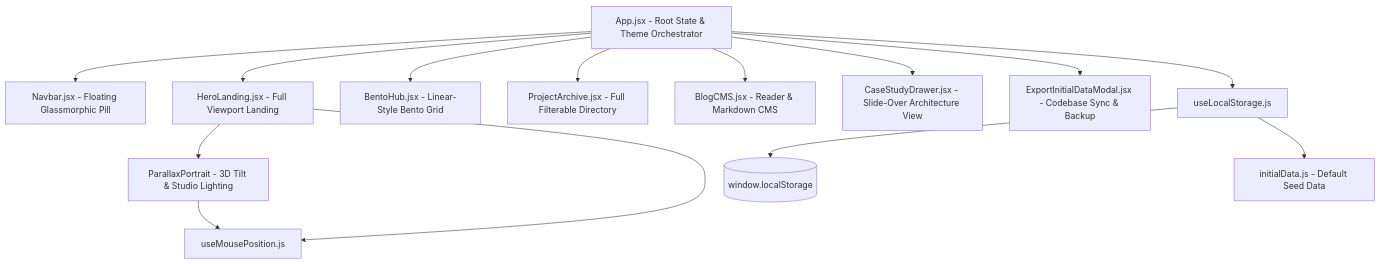
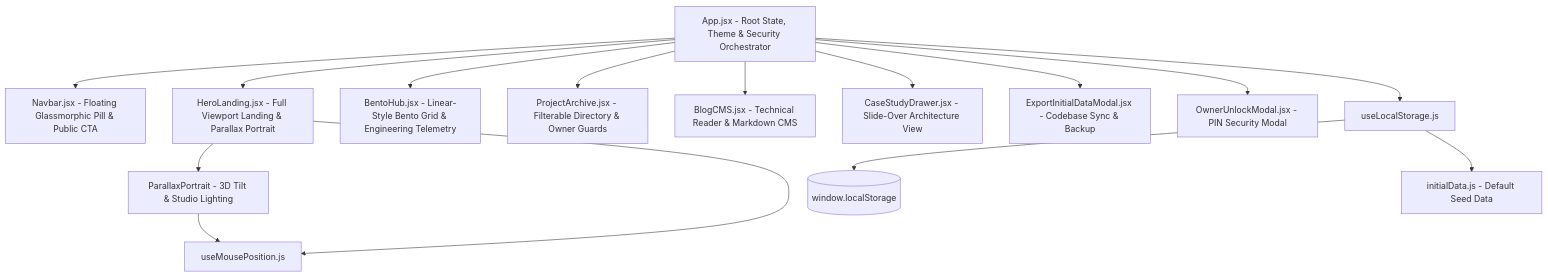
One commit to cleanerAbhigyan/portfolio changed the first of 3 diagrams in docs/ARCHITECTURE.md. Above: the diagram before and after it, drawn with Mermaid. The commit also changed other lines of this file and 13 other files, not shown here.

````diff
--- a/docs/ARCHITECTURE.md
+++ b/docs/ARCHITECTURE.md
@@ -9,21 +9,22 @@
 ```mermaid
 graph TD
-    App[App.jsx - Root State & Theme Orchestrator]
+    App[App.jsx - Root State, Theme & Security Orchestrator]
     
-    App --> Navbar[Navbar.jsx - Floating Glassmorphic Pill]
-    App --> Hero[HeroLanding.jsx - Full Viewport Landing]
-    App --> Bento[BentoHub.jsx - Linear-Style Bento Grid]
-    App --> Archive[ProjectArchive.jsx - Full Filterable Directory]
-    App --> Blog[BlogCMS.jsx - Reader & Markdown CMS]
+    App --> Navbar[Navbar.jsx - Floating Glassmorphic Pill & Public CTA]
+    App --> Hero[HeroLanding.jsx - Full Viewport Landing & Parallax Portrait]
+    App --> Bento[BentoHub.jsx - Linear-Style Bento Grid & Engineering Telemetry]
+    App --> Archive[ProjectArchive.jsx - Filterable Directory & Owner Guards]
+    App --> Blog[BlogCMS.jsx - Technical Reader & Markdown CMS]
     App --> Drawer[CaseStudyDrawer.jsx - Slide-Over Architecture View]
     App --> Modal[ExportInitialDataModal.jsx - Codebase Sync & Backup]
+    App --> OwnerModal[OwnerUnlockModal.jsx - PIN Security Modal]
     
     Hero --> Portrait[ParallaxPortrait - 3D Tilt & Studio Lighting]
     
     App --> HookStorage[useLocalStorage.js]
     Hero --> HookMouse[useMousePosition.js]
     Portrait --> HookMouse
     
     HookStorage --> LS[(window.localStorage)]
     HookStorage --> InitData[initialData.js - Default Seed Data]
 ```
````
